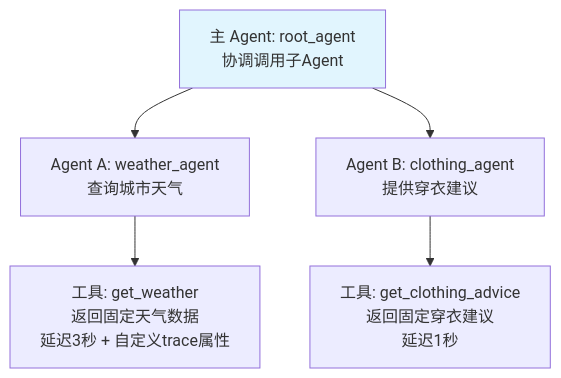
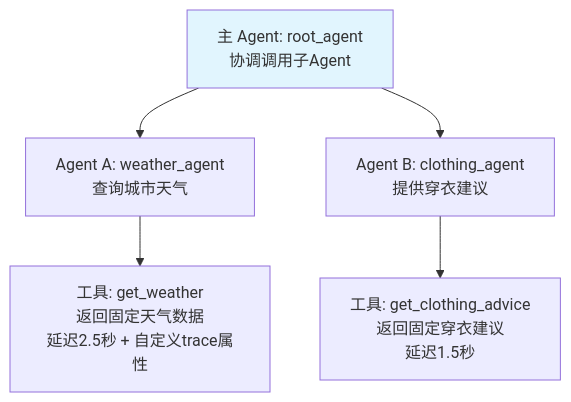
Before and after one commit to izualzhy/yingshin.github.io: the first of 2 diagrams in _posts/2026-04-18-agent-adk-observability.markdown, drawn with Mermaid. The commit also changed other lines of this file and 8 other files, not shown here.

````diff
--- a/_posts/2026-04-18-agent-adk-observability.markdown
+++ b/_posts/2026-04-18-agent-adk-observability.markdown
@@ -31,10 +31,10 @@
 ```mermaid
 graph TB
     root_agent[主 Agent: root_agent<br/>协调调用子Agent] --> agent_a[Agent A: weather_agent<br/>查询城市天气]
     root_agent --> agent_b[Agent B: clothing_agent<br/>提供穿衣建议]
     
-    agent_a --> get_weather[工具: get_weather<br/>返回固定天气数据<br/>延迟3秒 + 自定义trace属性]
-    agent_b --> get_clothing_advice[工具: get_clothing_advice<br/>返回固定穿衣建议<br/>延迟1秒]
+    agent_a --> get_weather[工具: get_weather<br/>返回固定天气数据<br/>延迟2.5秒 + 自定义trace属性]
+    agent_b --> get_clothing_advice[工具: get_clothing_advice<br/>返回固定穿衣建议<br/>延迟1.5秒]
     
     style root_agent fill:#e1f5fe
 ```
````
